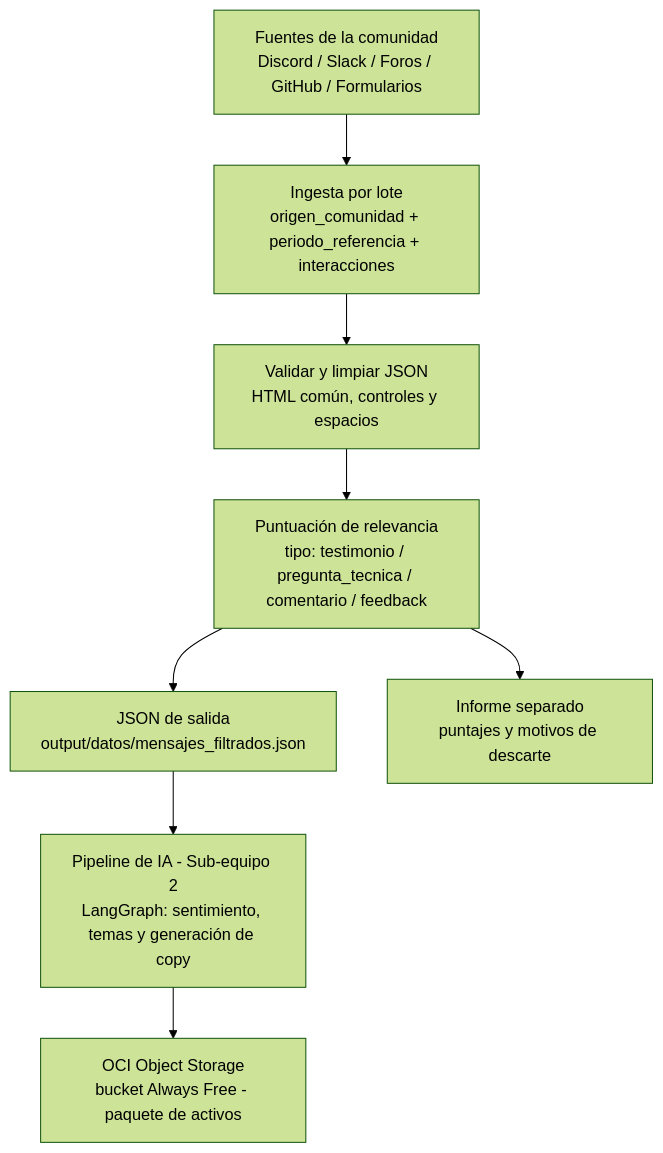
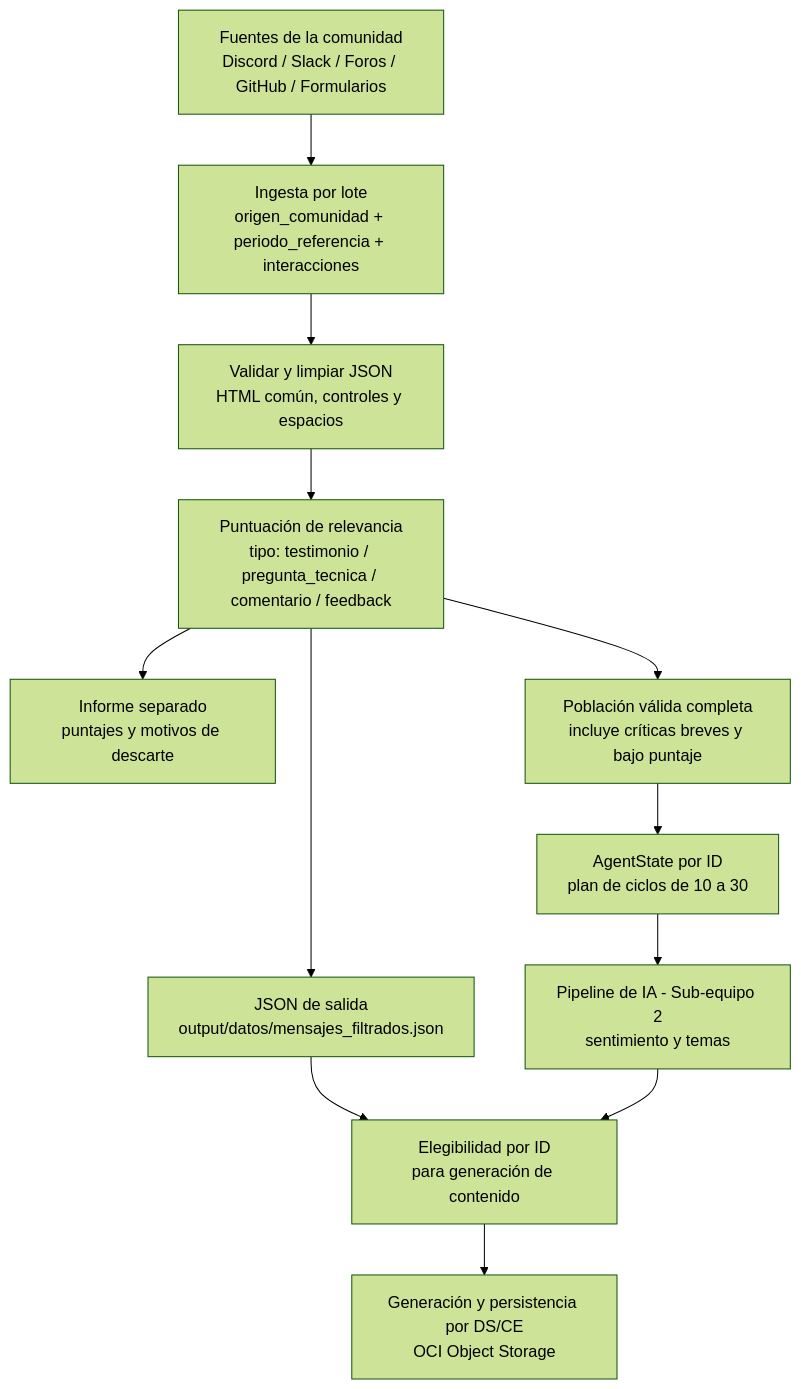
One commit to HenryH11/communitylab changed the diagram in docs/diagrama_flujo_datos_ingesta.md. Above: the diagram before and after it, drawn with Mermaid (forest theme). The commit also changed other lines of this file and 8 other files, not shown here.

````diff
--- a/docs/diagrama_flujo_datos_ingesta.md
+++ b/docs/diagrama_flujo_datos_ingesta.md
@@ -10,10 +10,14 @@
 ```mermaid
 flowchart TD
     A[Fuentes de la comunidad<br/>Discord / Slack / Foros / GitHub / Formularios] --> B[Ingesta por lote<br/>origen_comunidad + periodo_referencia + interacciones]
     B --> C[Validar y limpiar JSON<br/>HTML común, controles y espacios]
     C --> D[Puntuación de relevancia<br/>tipo: testimonio / pregunta_tecnica / comentario / feedback]
     D --> E[JSON de salida<br/>output/datos/mensajes_filtrados.json]
     D --> R[Informe separado<br/>puntajes y motivos de descarte]
-    E --> F[Pipeline de IA - Sub-equipo 2<br/>LangGraph: sentimiento, temas y generación de copy]
-    F --> G[OCI Object Storage<br/>bucket Always Free - paquete de activos]
+    D --> P[Población válida completa<br/>incluye críticas breves y bajo puntaje]
+    P --> S[AgentState por ID<br/>plan de ciclos de 10 a 30]
+    S --> F[Pipeline de IA - Sub-equipo 2<br/>sentimiento y temas]
+    E --> H[Elegibilidad por ID<br/>para generación de contenido]
+    F --> H
+    H --> G[Generación y persistencia por DS/CE<br/>OCI Object Storage]
 ```
````
